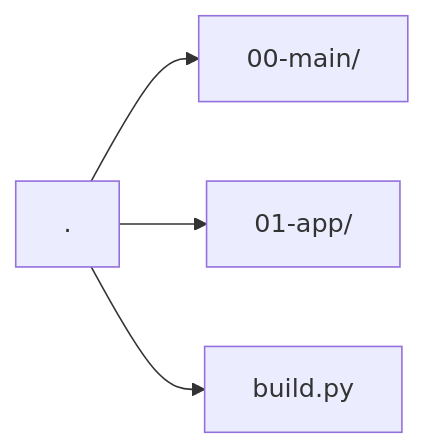
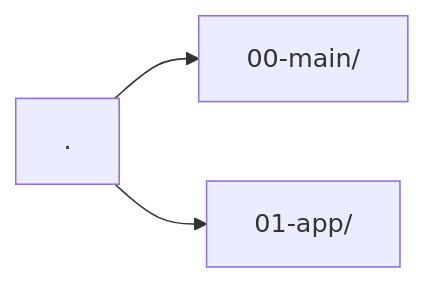
The diagram in README.md (Krande/paradoc), drawn with Mermaid before and after one commit. The commit also changed other lines of this file and 11 other files, not shown here.

````diff
--- a/README.md
+++ b/README.md
@@ -25,6 +24,5 @@
 ```mermaid
 graph LR
     . --> 00-main/
     . --> 01-app/
-    . --> build.py
 ```
````
